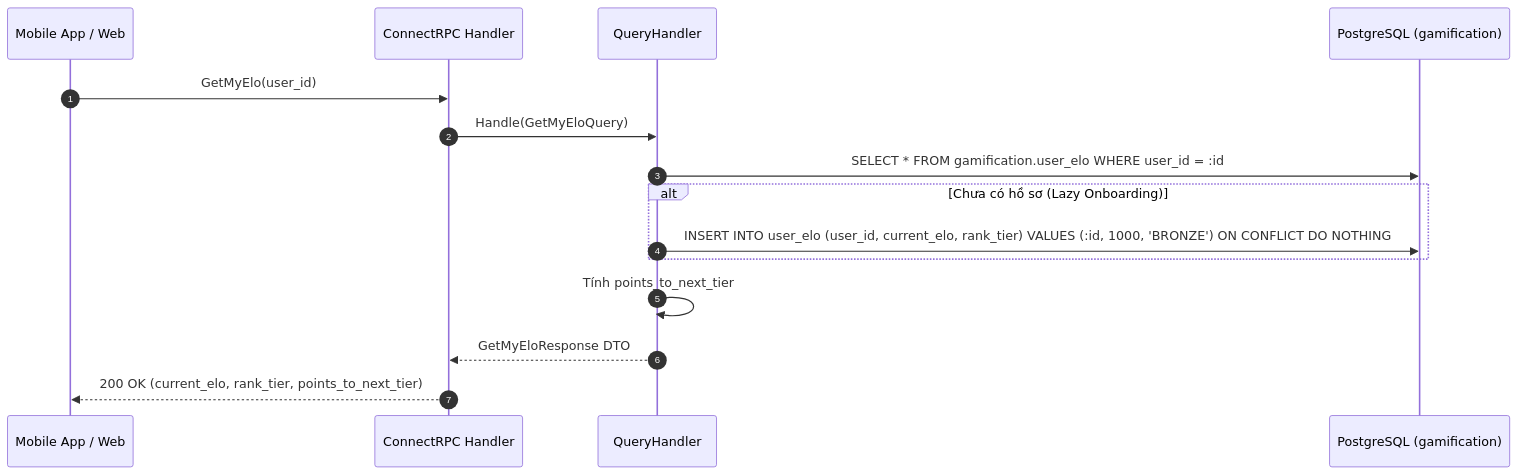
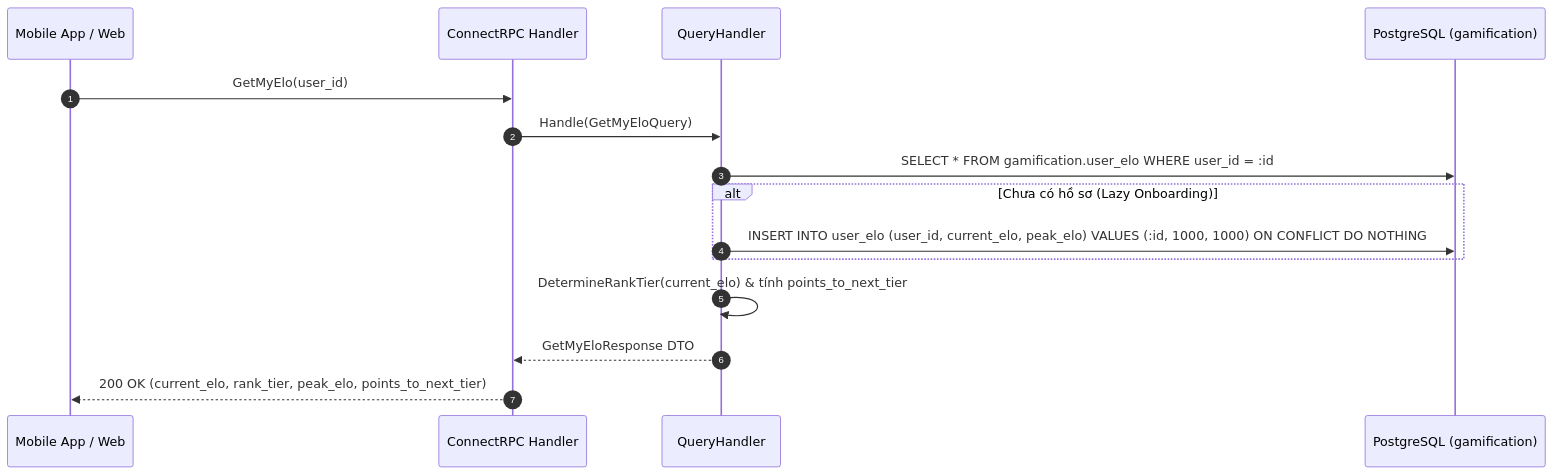
One commit to viethung213/gym-companion changed the seventh of 7 diagrams in internal/gamification/docs/features/elo-and-rank-tiers/02-design.md. Above: the diagram before and after it, drawn with Mermaid. The commit also changed other lines of this file and 7 other files, not shown here.

First line of the commit message:
📝 docs(gamification): prune redundant schema and synchronize elo spec

````diff
--- a/internal/gamification/docs/features/elo-and-rank-tiers/02-design.md
+++ b/internal/gamification/docs/features/elo-and-rank-tiers/02-design.md
@@ -350,18 +333,18 @@
 ```mermaid
 sequenceDiagram
     autonumber
     participant Client as Mobile App / Web
     participant RPC as ConnectRPC Handler
     participant Qry as QueryHandler
     participant DB as PostgreSQL (gamification)
 
     Client->>RPC: GetMyElo(user_id)
     RPC->>Qry: Handle(GetMyEloQuery)
     Qry->>DB: SELECT * FROM gamification.user_elo WHERE user_id = :id
     alt Chưa có hồ sơ (Lazy Onboarding)
-        Qry->>DB: INSERT INTO user_elo (user_id, current_elo, rank_tier) VALUES (:id, 1000, 'BRONZE') ON CONFLICT DO NOTHING
+        Qry->>DB: INSERT INTO user_elo (user_id, current_elo, peak_elo) VALUES (:id, 1000, 1000) ON CONFLICT DO NOTHING
     end
-    Qry->>Qry: Tính points_to_next_tier
+    Qry->>Qry: DetermineRankTier(current_elo) & tính points_to_next_tier
     Qry-->>RPC: GetMyEloResponse DTO
-    RPC-->>Client: 200 OK (current_elo, rank_tier, points_to_next_tier)
+    RPC-->>Client: 200 OK (current_elo, rank_tier, peak_elo, points_to_next_tier)
 ```
````
